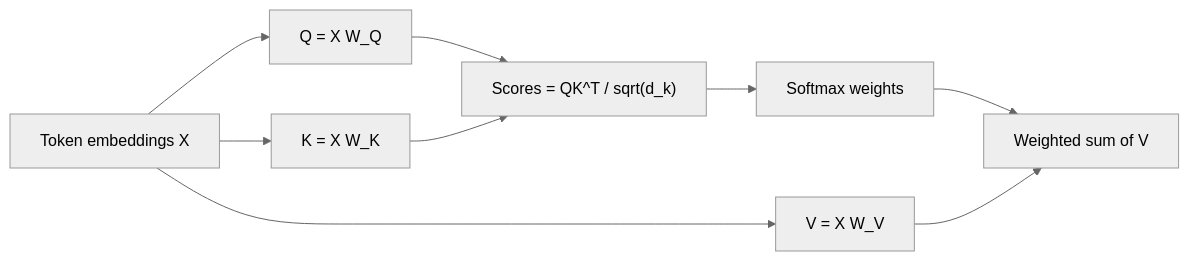
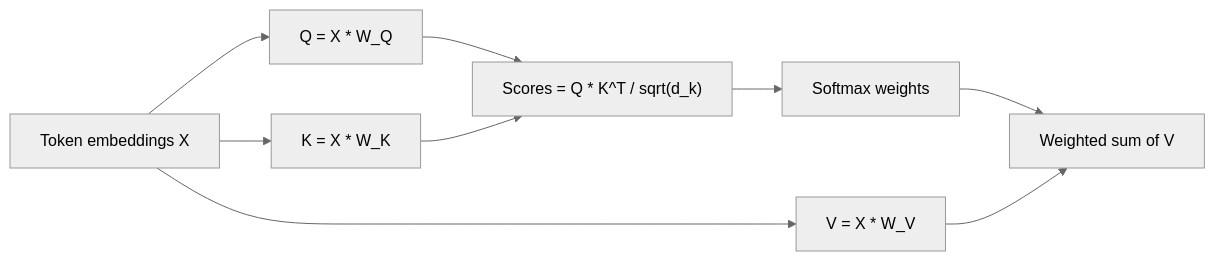
Before and after one commit to satishify/BackBenchLearner: the diagram in content/genai/module-1-foundations/transformers/03-self-attention-qkv.md, drawn with Mermaid (neutral theme). The commit also changed other lines of this file and 199 other files, not shown here.

````diff
--- a/content/genai/module-1-foundations/transformers/03-self-attention-qkv.md
+++ b/content/genai/module-1-foundations/transformers/03-self-attention-qkv.md
@@ -44,11 +74,11 @@
 ```mermaid
 flowchart LR
-  X[Token embeddings X] --> Q[Q = X W_Q]
-  X --> K[K = X W_K]
-  X --> V[V = X W_V]
-  Q --> S["Scores = QK^T / sqrt(d_k)"]
+  X[Token embeddings X] --> Q[Q = X * W_Q]
+  X --> K[K = X * W_K]
+  X --> V[V = X * W_V]
+  Q --> S["Scores = Q * K^T / sqrt(d_k)"]
   K --> S
   S --> W[Softmax weights]
   W --> O[Weighted sum of V]
   V --> O
 ```
````
